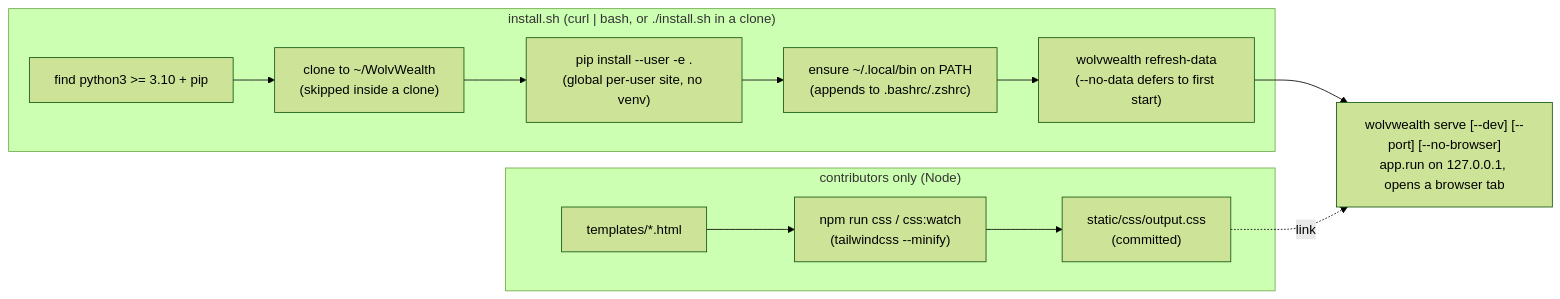
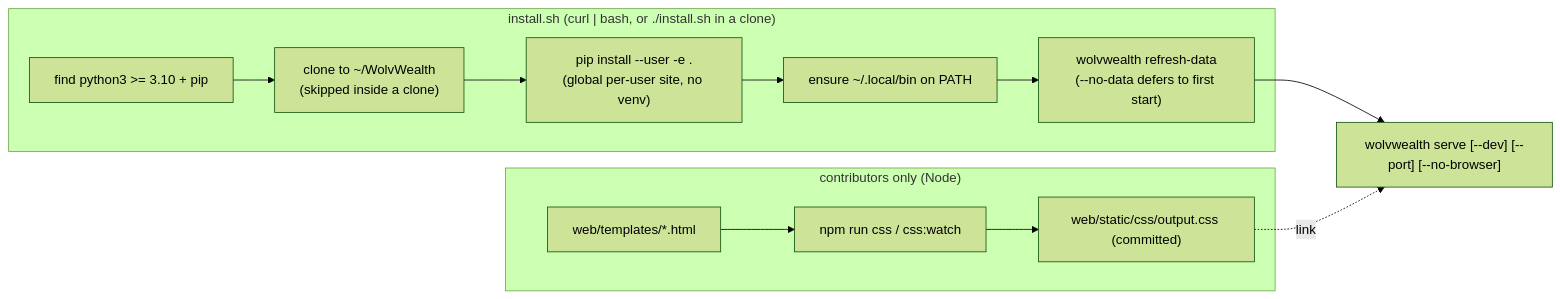
One commit to rramboer/WolvWealth changed the eighth of 9 diagrams in ARCHITECTURE.md. Above: the diagram before and after it, drawn with Mermaid (forest theme). The commit also changed other lines of this file and 68 other files, not shown here.

````diff
--- a/ARCHITECTURE.md
+++ b/ARCHITECTURE.md
@@ -394,14 +329,14 @@
 ```mermaid
 flowchart LR
     subgraph Install["install.sh (curl | bash, or ./install.sh in a clone)"]
         PY["find python3 >= 3.10 + pip"] --> CL["clone to ~/WolvWealth<br/>(skipped inside a clone)"]
         CL --> PIP["pip install --user -e .<br/>(global per-user site, no venv)"]
-        PIP --> PATHFIX["ensure ~/.local/bin on PATH<br/>(appends to .bashrc/.zshrc)"]
+        PIP --> PATHFIX["ensure ~/.local/bin on PATH"]
         PATHFIX --> DATA["wolvwealth refresh-data<br/>(--no-data defers to first start)"]
     end
-    DATA --> SERVE["wolvwealth serve [--dev] [--port] [--no-browser]<br/>app.run on 127.0.0.1, opens a browser tab"]
+    DATA --> SERVE["wolvwealth serve [--dev] [--port] [--no-browser]"]
     subgraph Styling["contributors only (Node)"]
-        TPL["templates/*.html"] --> TW["npm run css / css:watch<br/>(tailwindcss --minify)"] --> OUT["static/css/output.css<br/>(committed)"]
+        TPL["web/templates/*.html"] --> TW["npm run css / css:watch"] --> OUT["web/static/css/output.css (committed)"]
     end
     OUT -. "link" .-> SERVE
 ```
````
